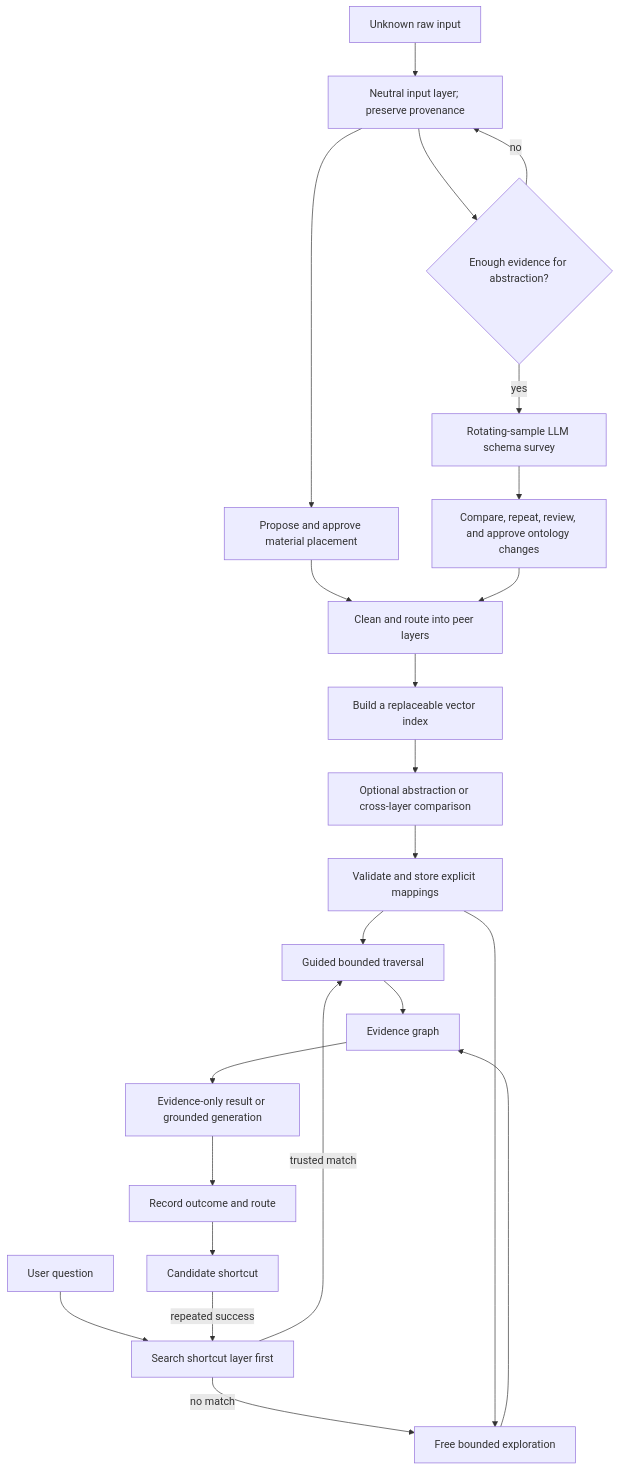
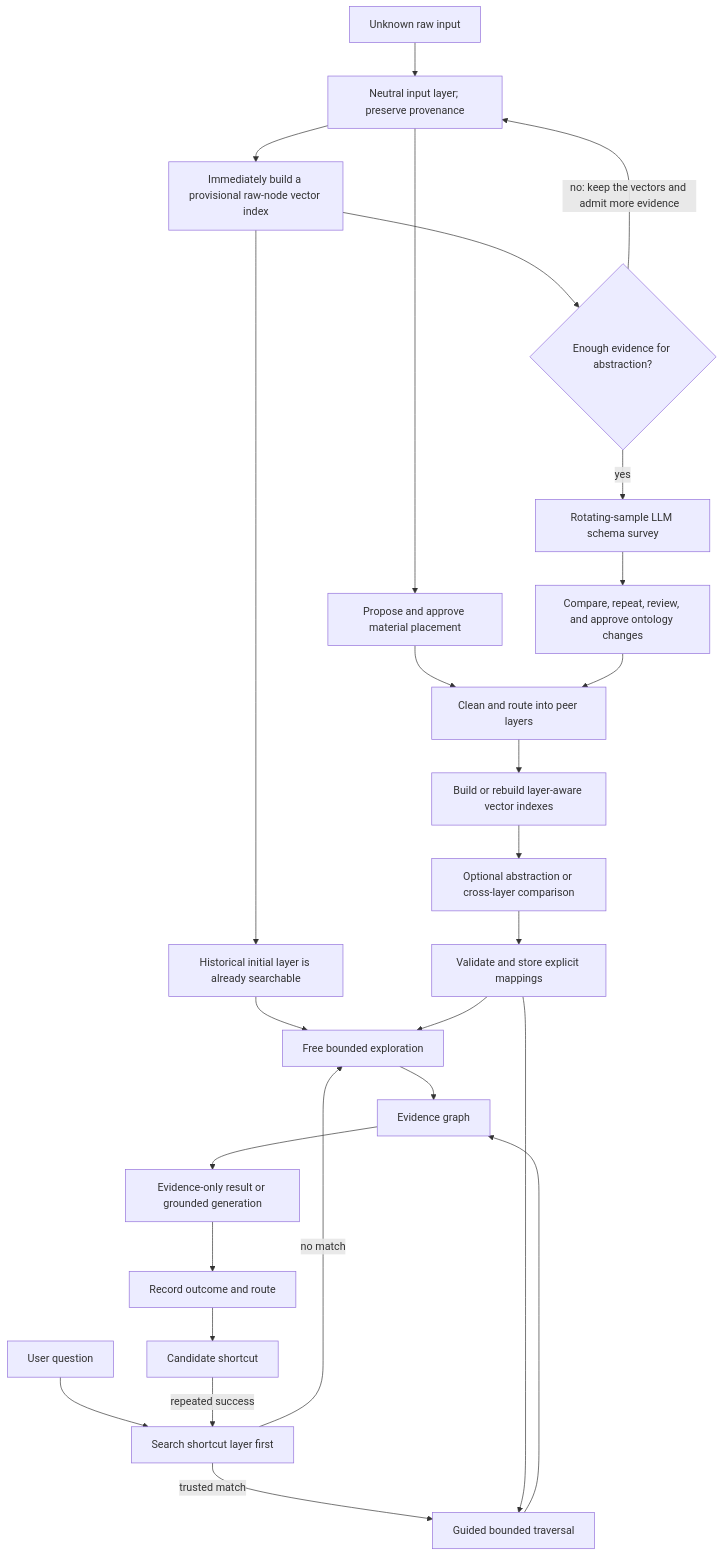
The third of 3 diagrams in README.md (rsb0328/an-essay-concerning-llm-understanding), drawn with Mermaid before and after one commit. The commit also changed other lines of this file and 3 other files, not shown here.

Commit message:
Clarify initial-layer indexing before abstraction (#19)

````diff
--- a/README.md
+++ b/README.md
@@ -247,25 +247,28 @@
 ```mermaid
 flowchart TD
     A["Unknown raw input"] --> B["Neutral input layer; preserve provenance"]
-    B --> R{"Enough evidence for abstraction?"}
-    R -->|"no"| B
+    B --> V0["Immediately build a provisional raw-node vector index"]
+    V0 --> Q0["Historical initial layer is already searchable"]
+    V0 --> R{"Enough evidence for abstraction?"}
+    R -->|"no: keep the vectors and admit more evidence"| B
     R -->|"yes"| SD["Rotating-sample LLM schema survey"]
     SD --> O["Compare, repeat, review, and approve ontology changes"]
     B --> PP["Propose and approve material placement"]
     PP --> C
     O --> C["Clean and route into peer layers"]
-    C --> D["Build a replaceable vector index"]
+    C --> D["Build or rebuild layer-aware vector indexes"]
     D --> E["Optional abstraction or cross-layer comparison"]
     E --> F["Validate and store explicit mappings"]
     Q["User question"] --> S["Search shortcut layer first"]
     S -->|"trusted match"| G["Guided bounded traversal"]
     S -->|"no match"| H["Free bounded exploration"]
+    Q0 --> H
     F --> G
     F --> H
     G --> I["Evidence graph"]
     H --> I
     I --> J["Evidence-only result or grounded generation"]
     J --> K["Record outcome and route"]
     K --> L["Candidate shortcut"]
     L -->|"repeated success"| S
 ```
````
